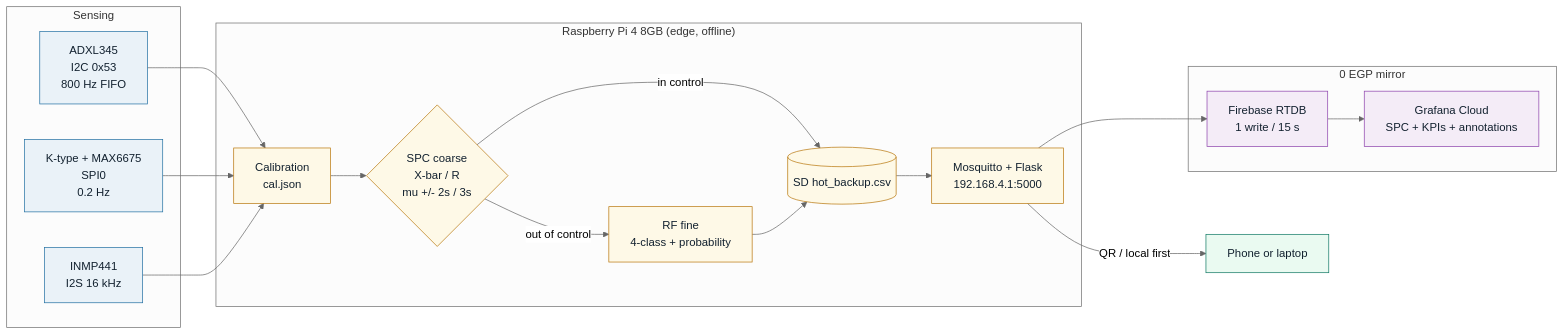
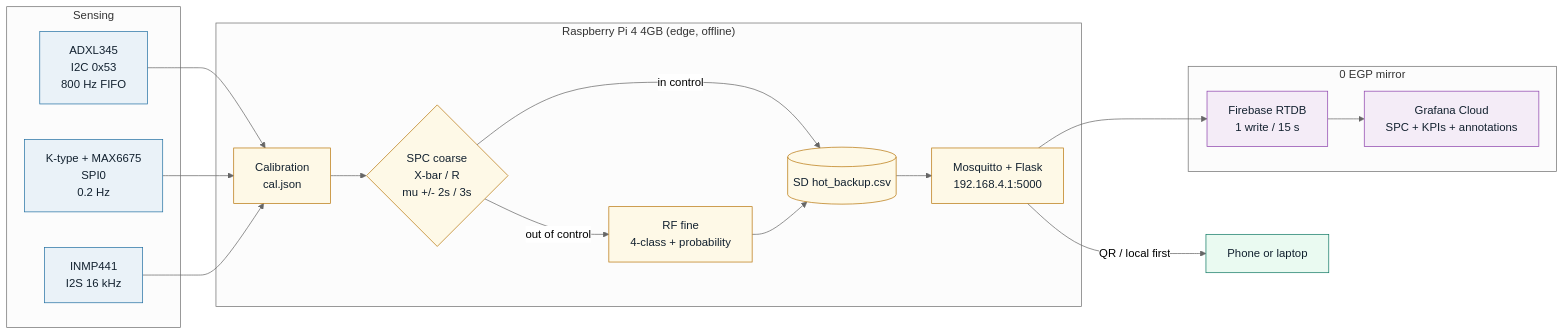
One commit to ammar0xff/capstone-pdm changed the diagram in circuit/out/block.mmd. Above: the diagram before and after it, drawn with Mermaid (neutral theme). The commit also changed 16 other files, not shown here.

```diff
--- a/circuit/out/block.mmd
+++ b/circuit/out/block.mmd
@@ -1,32 +1,32 @@
 flowchart LR
   subgraph SENSE["Sensing"]
     A["ADXL345<br/>I2C 0x53<br/>800 Hz FIFO"]:::s
     B["K-type + MAX6675<br/>SPI0<br/>0.2 Hz"]:::s
     C["INMP441<br/>I2S 16 kHz"]:::s
   end
-  subgraph EDGE["Raspberry Pi 4 8GB (edge, offline)"]
+  subgraph EDGE["Raspberry Pi 4 4GB (edge, offline)"]
     D["Calibration<br/>cal.json"]:::e
     E{"SPC coarse<br/>X-bar / R<br/>mu +/- 2s / 3s"}:::e
     F["RF fine<br/>4-class + probability"]:::e
     G[("SD hot_backup.csv")]:::e
     H["Mosquitto + Flask<br/>192.168.4.1:5000"]:::e
   end
   subgraph CLOUD["0 EGP mirror"]
     I["Firebase RTDB<br/>1 write / 15 s"]:::c
     J["Grafana Cloud<br/>SPC + KPIs + annotations"]:::c
   end
   A --> D
   B --> D
   C --> D
   D --> E
   E -- "in control" --> G
   E -- "out of control" --> F
   F --> G
   G --> H
   H --> I
   I --> J
   H -- "QR / local first" --> K["Phone or laptop"]:::u
   classDef s fill:#eaf2f8,stroke:#2471a3,color:#12212f
   classDef e fill:#fef9e7,stroke:#b9770e,color:#12212f
   classDef c fill:#f4ecf7,stroke:#8e44ad,color:#12212f
   classDef u fill:#eafaf1,stroke:#117a65,color:#12212f
```
